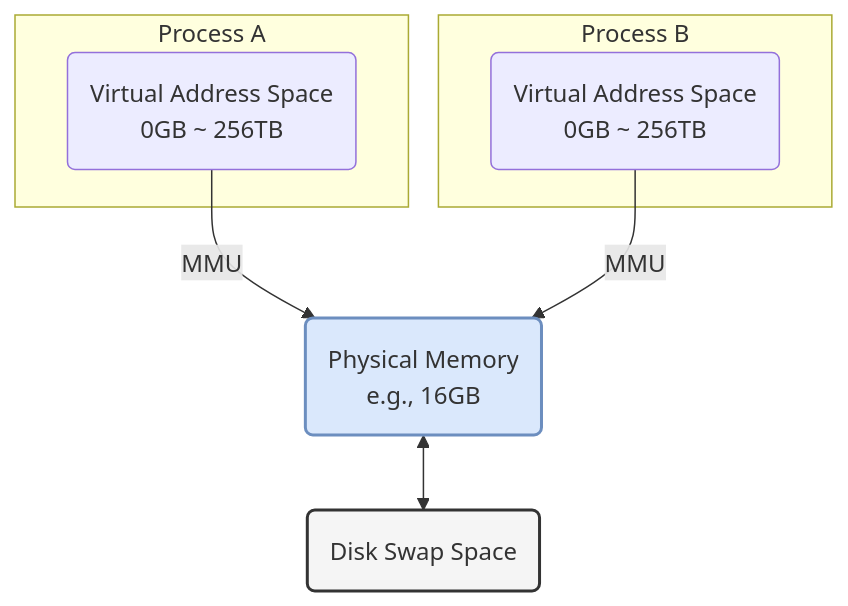
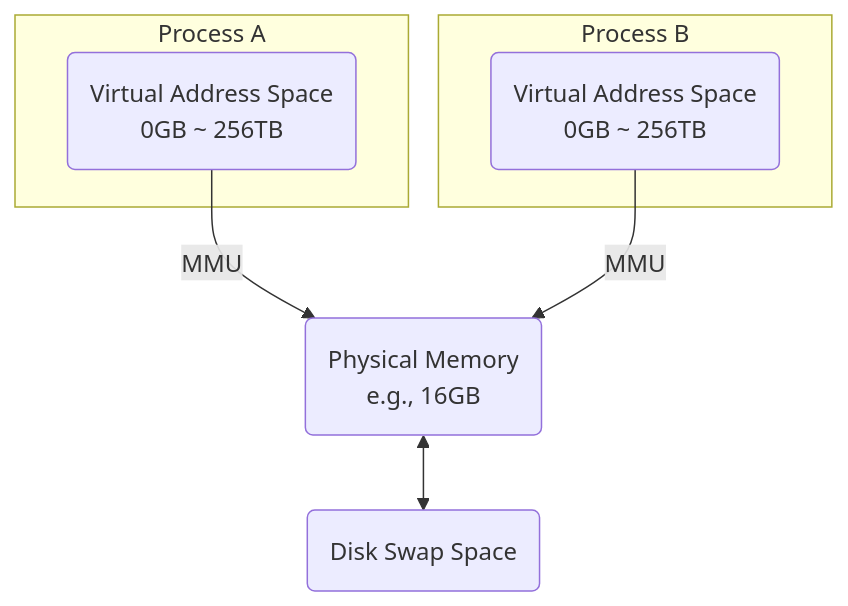
The diagram in docs/1-cs-전공-지식/1-1-운영체제/memory-management.md (harimkang/ai-engineer-guide), drawn with Mermaid before and after one commit. The commit also changed 45 other files, not shown here.

````diff
--- a/docs/1-cs-전공-지식/1-1-운영체제/memory-management.md
+++ b/docs/1-cs-전공-지식/1-1-운영체제/memory-management.md
@@ -28,16 +28,13 @@
 ```mermaid
 graph TD;
     subgraph "Process A"
         VA_A("Virtual Address Space<br>0GB ~ 256TB")
     end
     subgraph "Process B"
         VA_B("Virtual Address Space<br>0GB ~ 256TB")
     end
 
     VA_A -->|MMU| PA(Physical Memory<br>e.g., 16GB);
     VA_B -->|MMU| PA;
     PA <--> SWAP(Disk Swap Space);
-
-    style PA fill:#dae8fc,stroke:#6c8ebf,stroke-width:2px
-    style SWAP fill:#f5f5f5,stroke:#333,stroke-width:2px
 ```
````
